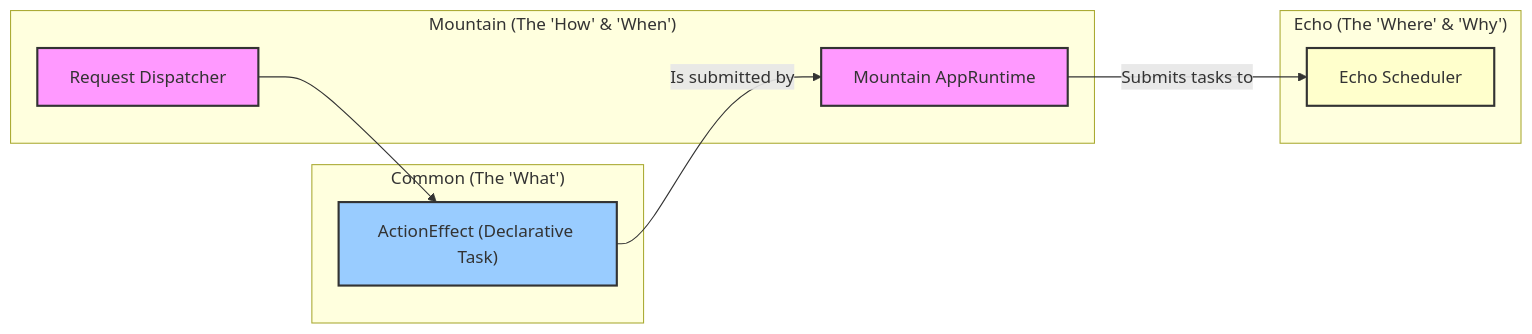
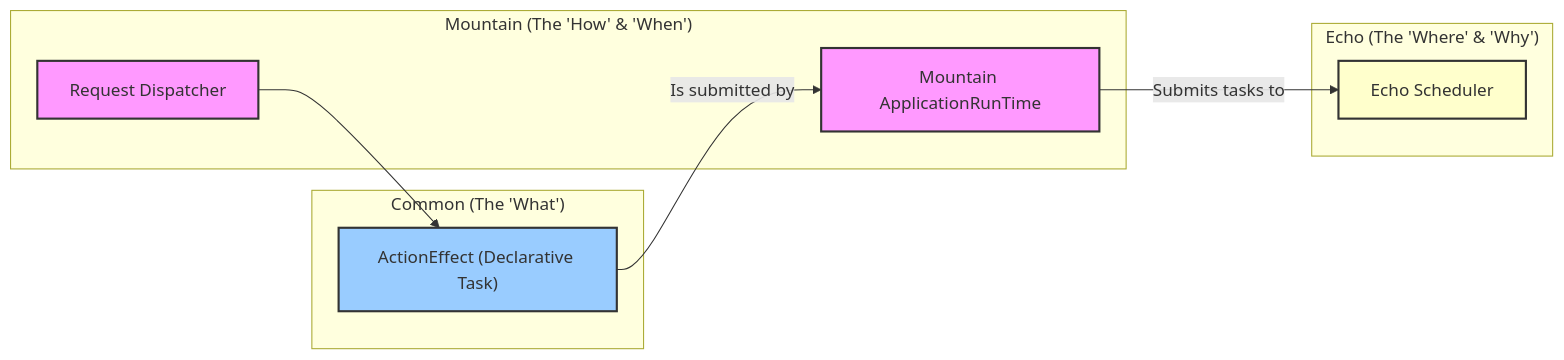
The diagram in docs/Deep Dive.md (CodeEditorLand/Echo), drawn with Mermaid before and after one commit. The commit also changed other lines of this file and 1 other file, not shown here.

First line of the commit message:
docs(Echo): update architectural documentation and usage examples

````diff
--- a/docs/Deep Dive.md
+++ b/docs/Deep Dive.md
@@ -151,23 +168,23 @@
 ```mermaid
 graph LR
-    classDef common fill:#9cf,stroke:#333,stroke-width:2px;
-    classDef mountain fill:#f9f,stroke:#333,stroke-width:2px;
-    classDef echo fill:#ffc,stroke:#333,stroke-width:2px;
+    classDef Common fill:#9cf,stroke:#333,stroke-width:2px;
+    classDef Mountain fill:#f9f,stroke:#333,stroke-width:2px;
+    classDef Echo fill:#ffc,stroke:#333,stroke-width:2px;
 
     subgraph "Common (The 'What')"
-        ActionEffect["ActionEffect (Declarative Task)"]:::common
+        ActionEffect["ActionEffect (Declarative Task)"]:::Common
     end
 
     subgraph "Mountain (The 'How' & 'When')"
-        AppRuntime["Mountain AppRuntime"]:::mountain
-        Track["Request Dispatcher"]:::mountain
+        ApplicationRunTime["Mountain ApplicationRunTime"]:::Mountain
+        Track["Request Dispatcher"]:::Mountain
 
         Track --> ActionEffect
-        ActionEffect -- Is submitted by --> AppRuntime
+        ActionEffect -- Is submitted by --> ApplicationRunTime
     end
 
     subgraph "Echo (The 'Where' & 'Why')"
-        Scheduler["Echo Scheduler"]:::echo
-        AppRuntime -- Submits tasks to --> Scheduler
+        Scheduler["Echo Scheduler"]:::Echo
+        ApplicationRunTime -- Submits tasks to --> Scheduler
     end
 ```
````
